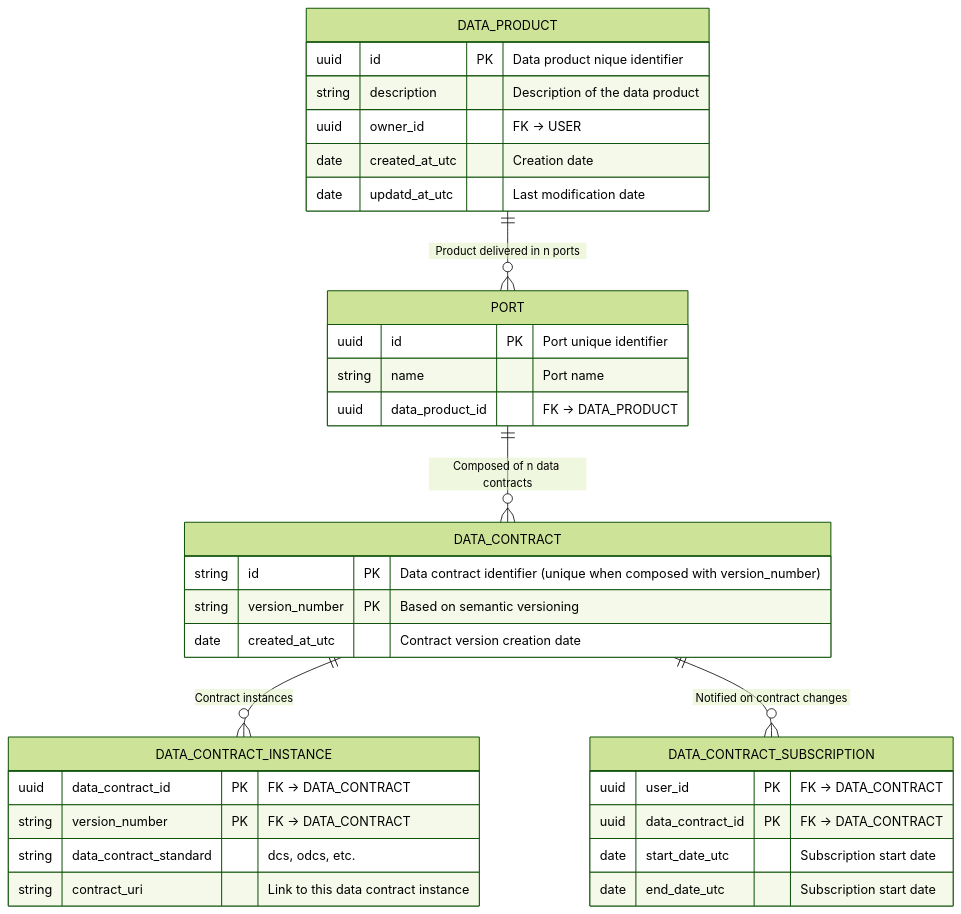
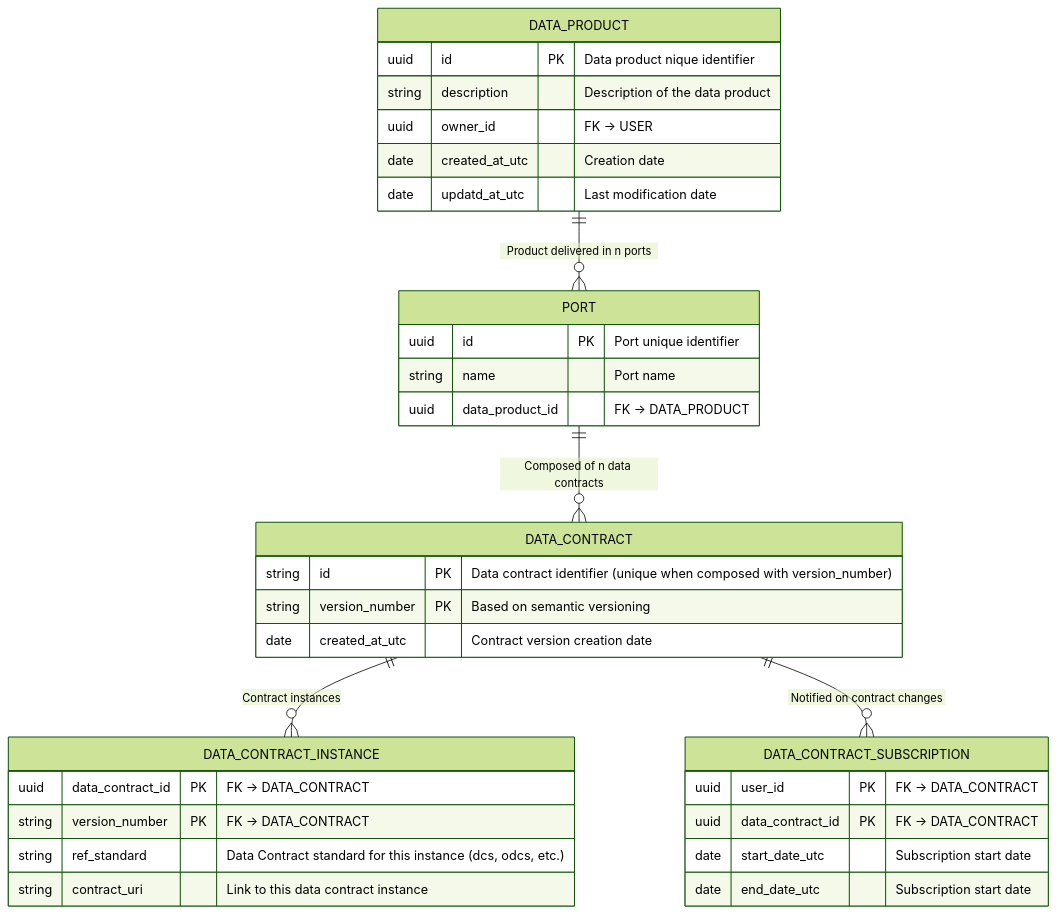
The diagram in docs/relational_model.md (monmaya/base-impl), drawn with Mermaid (forest theme) before and after one commit.

````diff
--- a/docs/relational_model.md
+++ b/docs/relational_model.md
@@ -5,46 +5,46 @@
 ```mermaid
 
 erDiagram
 
     DATA_PRODUCT {
         uuid id PK "Data product nique identifier"
         string description "Description of the data product"
         uuid owner_id "FK -> USER"
         date created_at_utc "Creation date"
         date updatd_at_utc "Last modification date"
     }
 
     PORT {
         uuid id PK "Port unique identifier"
         string name "Port name"
         uuid data_product_id "FK -> DATA_PRODUCT"
     }
 
     DATA_CONTRACT {
         string id PK "Data contract identifier (unique when composed with version_number)"
         string version_number PK "Based on semantic versioning"
         date created_at_utc "Contract version creation date"
     }
 
     DATA_CONTRACT_INSTANCE {
         uuid data_contract_id PK "FK -> DATA_CONTRACT"
         string version_number PK "FK -> DATA_CONTRACT"
-        string data_contract_standard "dcs, odcs, etc."
+        string ref_standard "Data Contract standard for this instance (dcs, odcs, etc.)"
         string contract_uri "Link to this data contract instance"
     }
     
     DATA_CONTRACT_SUBSCRIPTION {
         uuid user_id PK "FK -> DATA_CONTRACT"
         uuid data_contract_id PK "FK -> DATA_CONTRACT"
         date start_date_utc "Subscription start date"
         date end_date_utc "Subscription start date"
     }
 
 
     DATA_PRODUCT ||--o{ PORT : "Product delivered in n ports"
     PORT ||--o{ DATA_CONTRACT : "Composed of n data contracts"
     DATA_CONTRACT ||--o{ DATA_CONTRACT_INSTANCE : "Contract instances"
     DATA_CONTRACT ||--o{ DATA_CONTRACT_SUBSCRIPTION : "Notified on contract changes"
 
 
   ```
````
